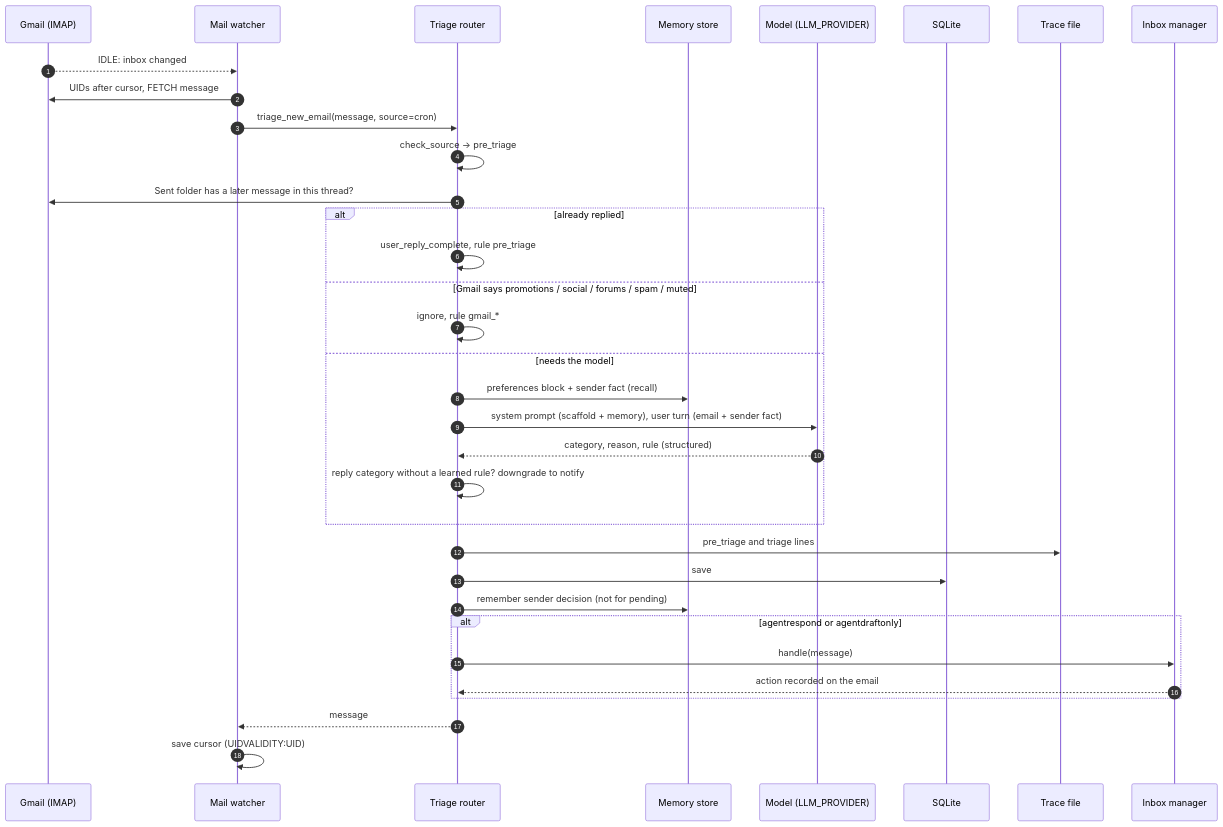
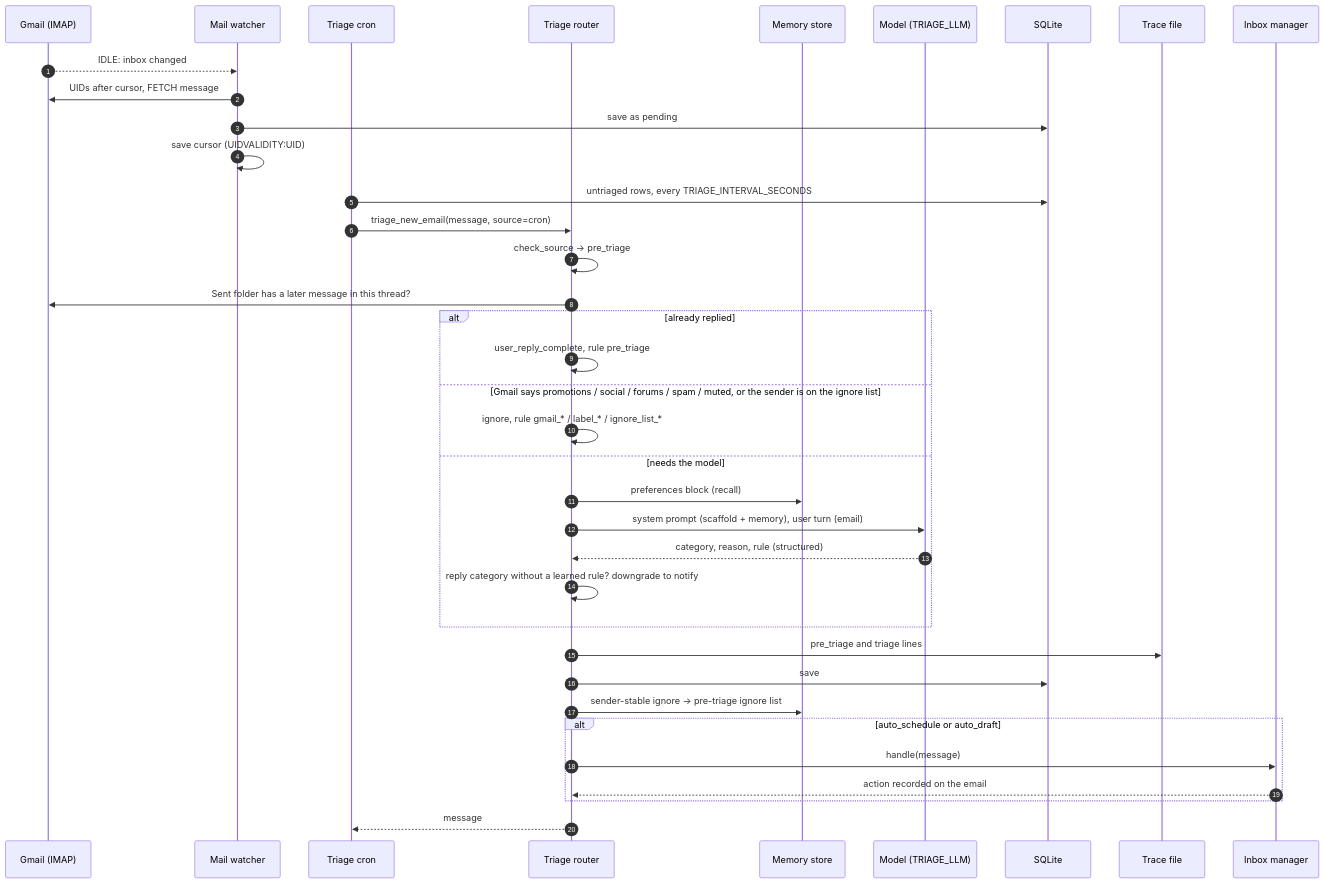
One commit to divakarmudunuri/MailboxPersonalAssistant changed the diagram in docs/diagrams/seq-new-email.mmd. Above: the diagram before and after it, drawn with Mermaid. The commit also changed 59 other files, not shown here.

```diff
--- a/docs/diagrams/seq-new-email.mmd
+++ b/docs/diagrams/seq-new-email.mmd
@@ -1,35 +1,38 @@
 sequenceDiagram
     autonumber
     participant Gmail as Gmail (IMAP)
     participant W as Mail watcher
+    participant C as Triage cron
     participant R as Triage router
     participant Mem as Memory store
-    participant LLM as Model (LLM_PROVIDER)
+    participant LLM as Model (TRIAGE_LLM)
     participant DB as SQLite
     participant T as Trace file
     participant M as Inbox manager
 
     Gmail-->>W: IDLE: inbox changed
     W->>Gmail: UIDs after cursor, FETCH message
-    W->>R: triage_new_email(message, source=cron)
+    W->>DB: save as pending
+    W->>W: save cursor (UIDVALIDITY:UID)
+    C->>DB: untriaged rows, every TRIAGE_INTERVAL_SECONDS
+    C->>R: triage_new_email(message, source=cron)
     R->>R: check_source -> pre_triage
     R->>Gmail: Sent folder has a later message in this thread?
     alt already replied
         R->>R: user_reply_complete, rule pre_triage
-    else Gmail says promotions / social / forums / spam / muted
-        R->>R: ignore, rule gmail_*
+    else Gmail says promotions / social / forums / spam / muted, or the sender is on the ignore list
+        R->>R: ignore, rule gmail_* / label_* / ignore_list_*
     else needs the model
-        R->>Mem: preferences block + sender fact (recall)
-        R->>LLM: system prompt (scaffold + memory), user turn (email + sender fact)
+        R->>Mem: preferences block (recall)
+        R->>LLM: system prompt (scaffold + memory), user turn (email)
         LLM-->>R: category, reason, rule (structured)
         R->>R: reply category without a learned rule? downgrade to notify
     end
     R->>T: pre_triage and triage lines
     R->>DB: save
-    R->>Mem: remember sender decision (not for pending)
-    alt agentrespond or agentdraftonly
+    R->>Mem: sender-stable ignore -> pre-triage ignore list
+    alt auto_schedule or auto_draft
         R->>M: handle(message)
         M-->>R: action recorded on the email
     end
-    R-->>W: message
-    W->>W: save cursor (UIDVALIDITY:UID)
+    R-->>C: message
```
